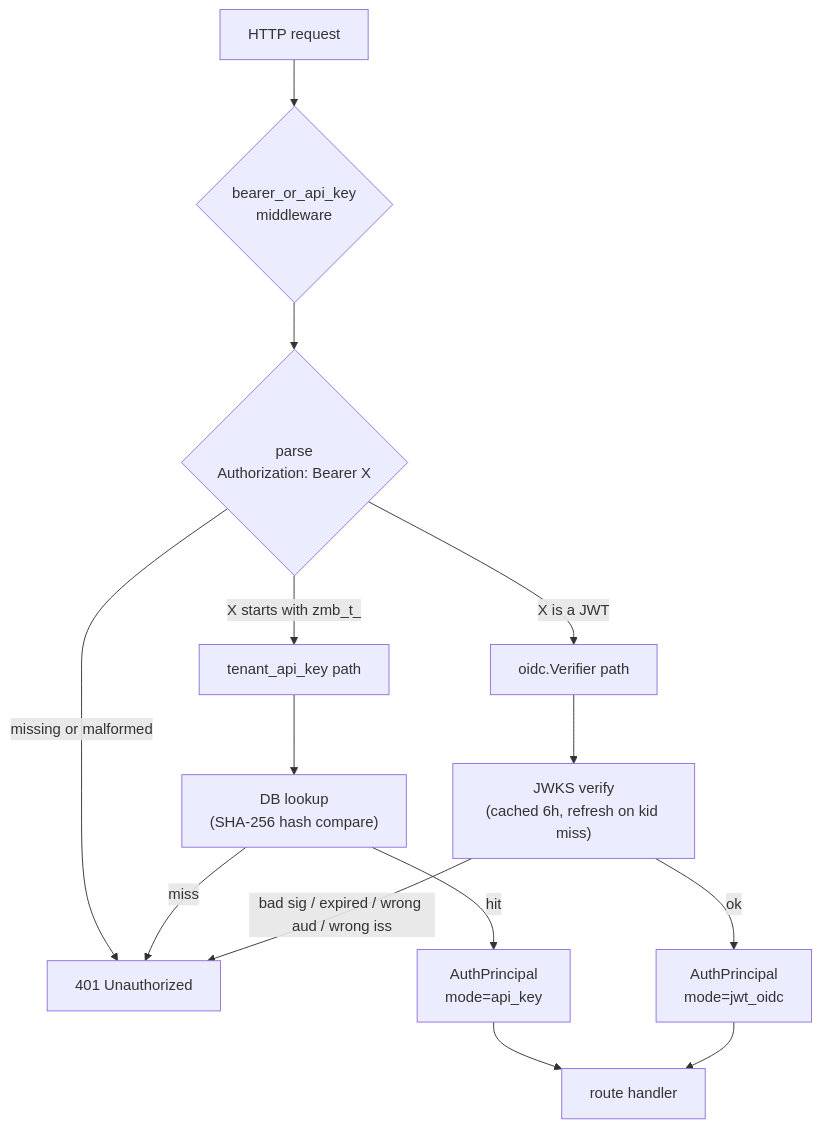
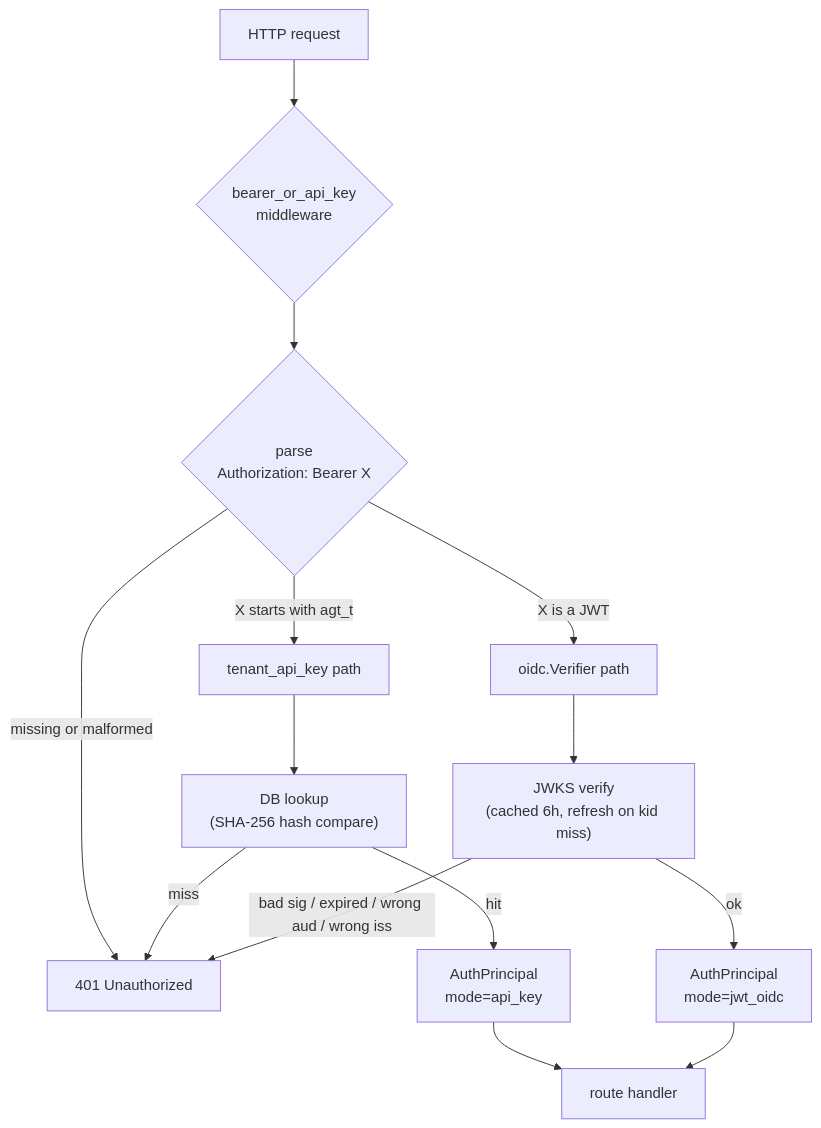
The sixth of 9 diagrams in docs/AUTH.md (agentsfleet/agentsfleet), drawn with Mermaid before and after one commit. The commit also changed other lines of this file and 97 other files, not shown here.

````diff
--- a/docs/AUTH.md
+++ b/docs/AUTH.md
@@ -339,19 +339,19 @@
 ```mermaid
 flowchart TD
     Req["HTTP request"] --> Mw{"bearer_or_api_key<br/>middleware"}
     Mw --> H{"parse<br/>Authorization: Bearer X"}
     H -- "missing or malformed" --> R401["401 Unauthorized"]
-    H -- "X starts with zmb_t_" --> KP["tenant_api_key path"]
+    H -- "X starts with agt_t" --> KP["tenant_api_key path"]
     H -- "X is a JWT" --> JP["oidc.Verifier path"]
 
     KP --> KDB["DB lookup<br/>(SHA-256 hash compare)"]
     KDB -- "miss" --> R401
     KDB -- "hit" --> Princ["AuthPrincipal<br/>mode=api_key"]
 
     JP --> JJ["JWKS verify<br/>(cached 6h, refresh on kid miss)"]
     JJ -- "bad sig / expired / wrong aud / wrong iss" --> R401
     JJ -- "ok" --> Princ2["AuthPrincipal<br/>mode=jwt_oidc"]
 
     Princ --> Handler["route handler"]
     Princ2 --> Handler
 ```
````
